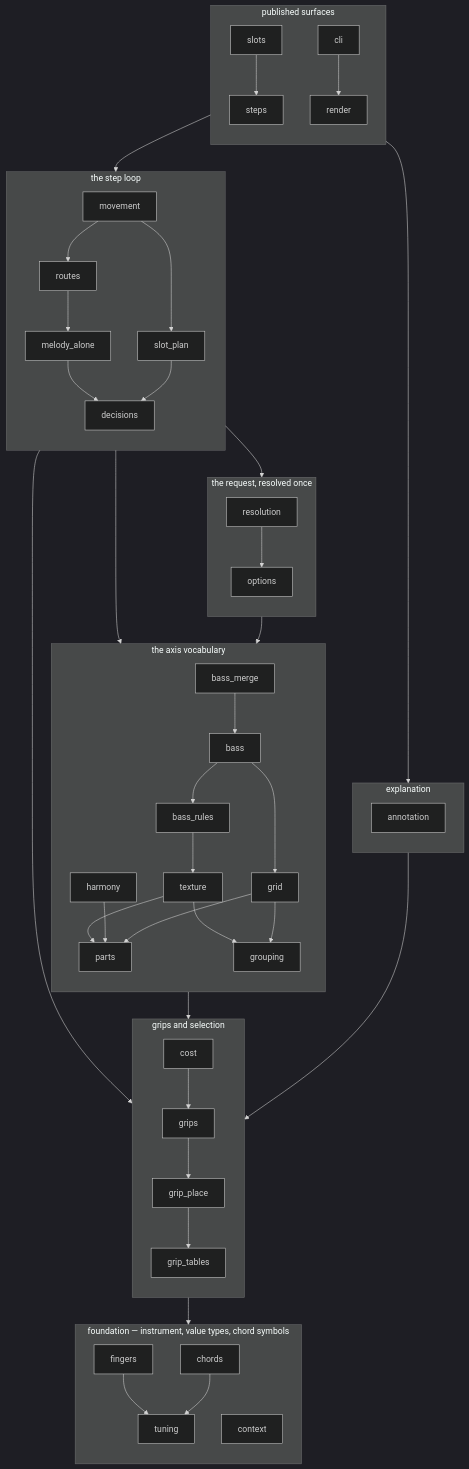
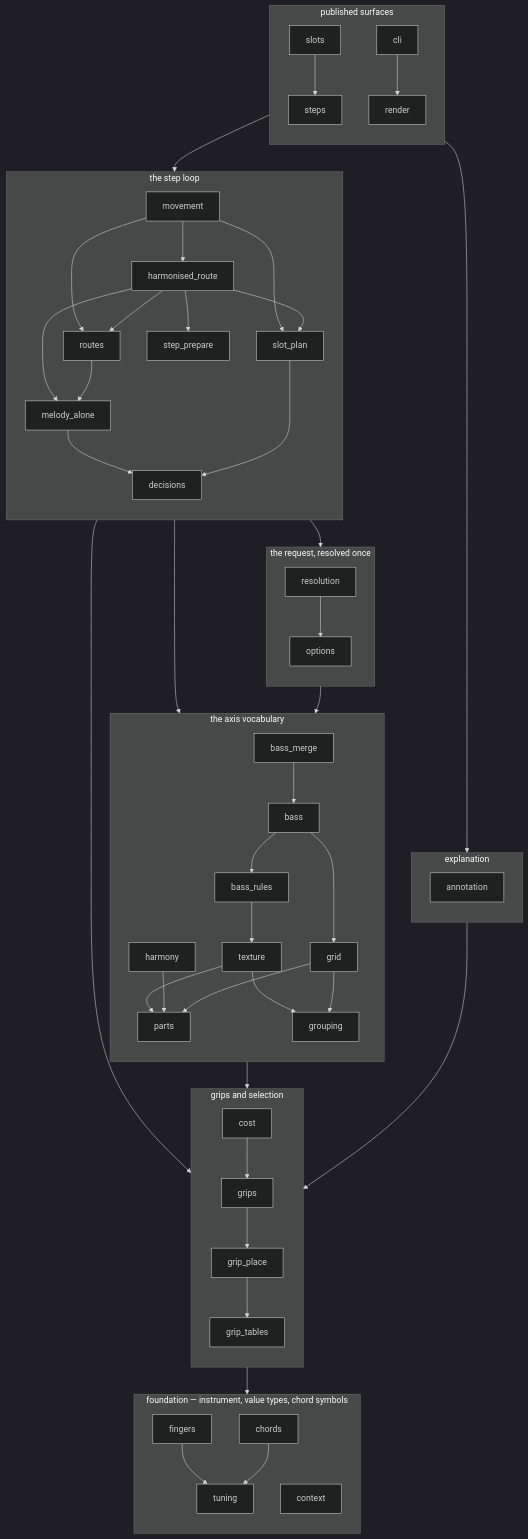
The first of 2 diagrams in docs/dependency-dag.md (jcundill/arranger), drawn with Mermaid (dark theme) before and after one commit. The commit also changed other lines of this file and 13 other files, not shown here.

```diff
--- a/docs/dependency-dag.md
+++ b/docs/dependency-dag.md
@@ -40,12 +40,19 @@
     subgraph layer_loop["the step loop"]
         direction TB
         movement["movement"]
+        harmonised_route["harmonised_route"]
+        step_prepare["step_prepare"]
         routes["routes"]
         slot_plan["slot_plan"]
         melody_alone["melody_alone"]
         decisions["decisions"]
+        movement --> harmonised_route
         movement --> routes
         movement --> slot_plan
+        harmonised_route --> step_prepare
+        harmonised_route --> routes
+        harmonised_route --> slot_plan
+        harmonised_route --> melody_alone
         routes --> melody_alone
         melody_alone --> decisions
         slot_plan --> decisions
```
